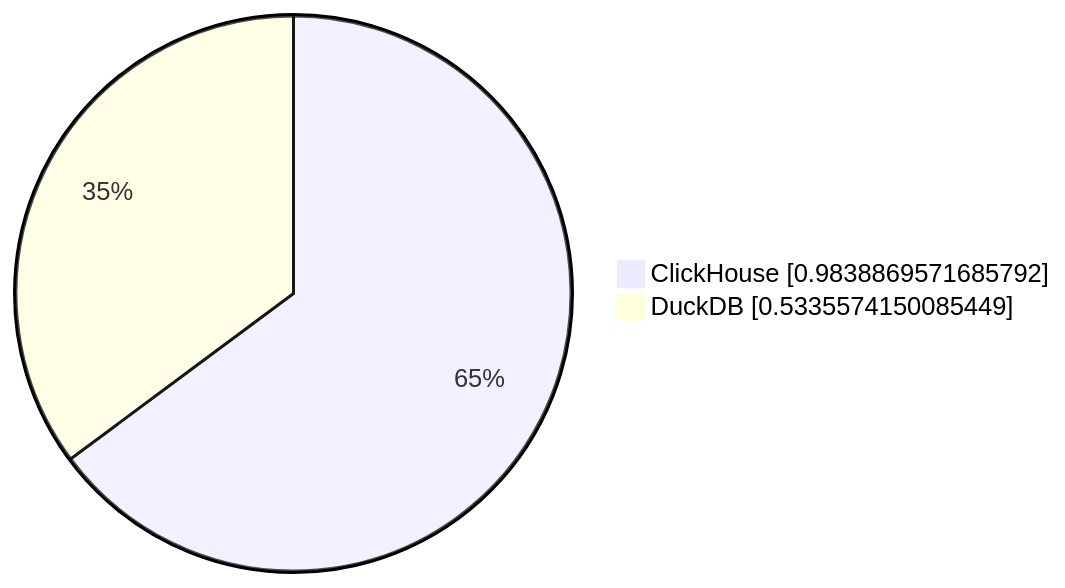
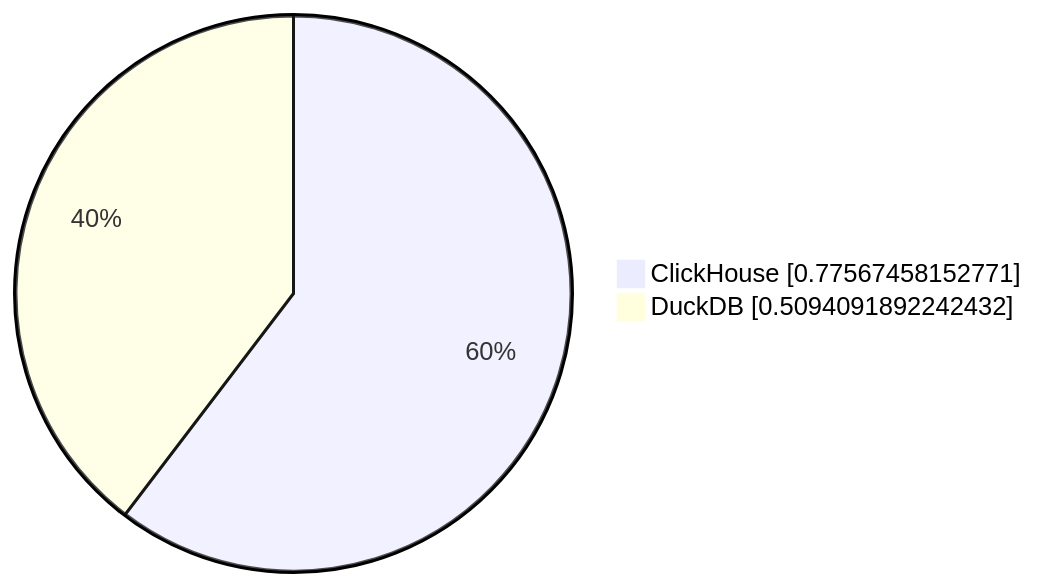
Before and after one commit to Altinity/clickhouse-regression: the eighth of 10 diagrams in parquet/performance/results/ontime/23.11.1.2711-alpine/README.md, drawn with Mermaid. The commit also changed other lines of this file and 8 other files, not shown here.

````diff
--- a/parquet/performance/results/ontime/23.11.1.2711-alpine/README.md
+++ b/parquet/performance/results/ontime/23.11.1.2711-alpine/README.md
@@ -80,5 +80,5 @@
 ```mermaid
      pie showData
-         "ClickHouse" : 0.9838869571685792
-         "DuckDB" : 0.5335574150085449
+         "ClickHouse" : 0.77567458152771
+         "DuckDB" : 0.5094091892242432
 ```
````
